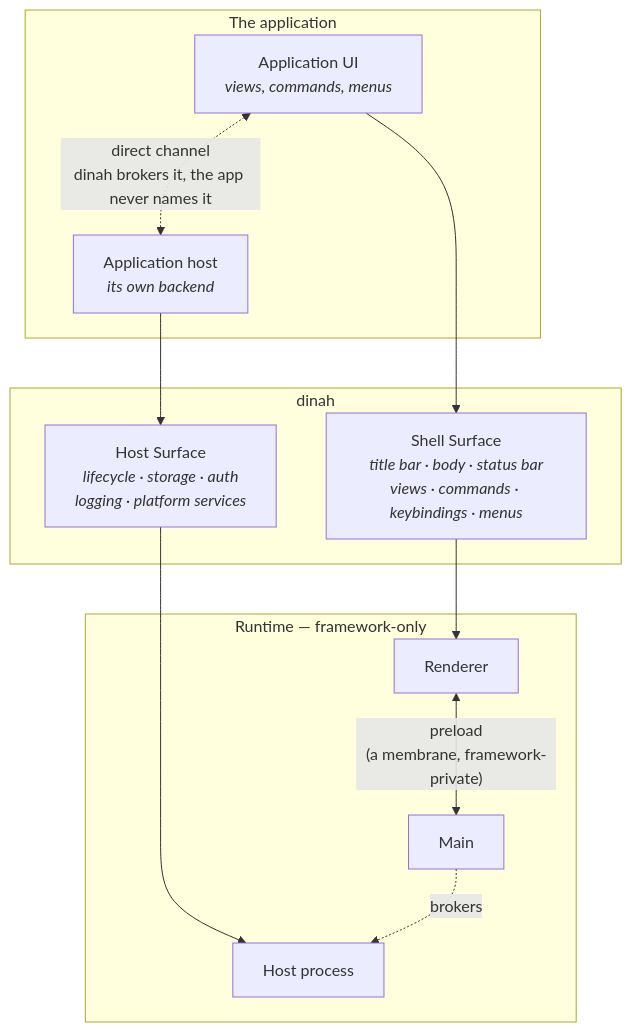
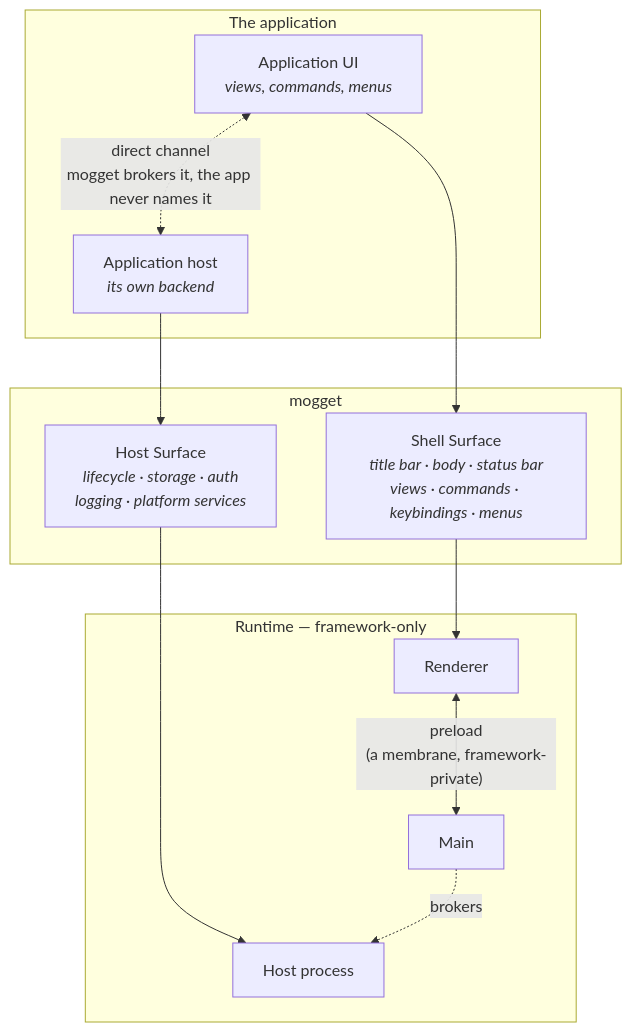
One commit to meersajidh/cheshire changed the diagram in docs/application-surface.md. Above: the diagram before and after it, drawn with Mermaid. The commit also changed other lines of this file and 63 other files, not shown here.

````diff
--- a/docs/application-surface.md
+++ b/docs/application-surface.md
@@ -110,26 +110,26 @@
 ```mermaid
 flowchart TB
   subgraph app["The application"]
     UI["Application UI<br/><i>views, commands, menus</i>"]
     HOST["Application host<br/><i>its own backend</i>"]
   end
 
-  subgraph dinah["dinah"]
+  subgraph mogget["mogget"]
     WS["Shell Surface<br/><i>title bar · body · status bar<br/>views · commands · keybindings · menus</i>"]
     HS["Host Surface<br/><i>lifecycle · storage · auth<br/>logging · platform services</i>"]
   end
 
   subgraph rt["Runtime — framework-only"]
     R["Renderer"]
     M["Main"]
     H["Host process"]
   end
 
   UI --> WS
   HOST --> HS
   WS --> R
   HS --> H
   R <-->|"preload<br/>(a membrane, framework-private)"| M
   M -. brokers .-> H
-  UI <-.->|"direct channel<br/>dinah brokers it, the app never names it"| HOST
+  UI <-.->|"direct channel<br/>mogget brokers it, the app never names it"| HOST
 ```
````
